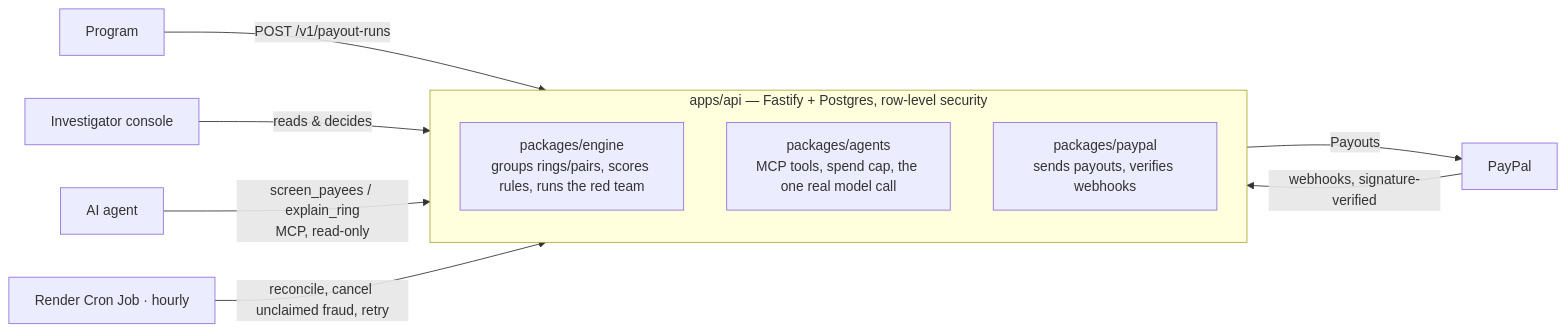
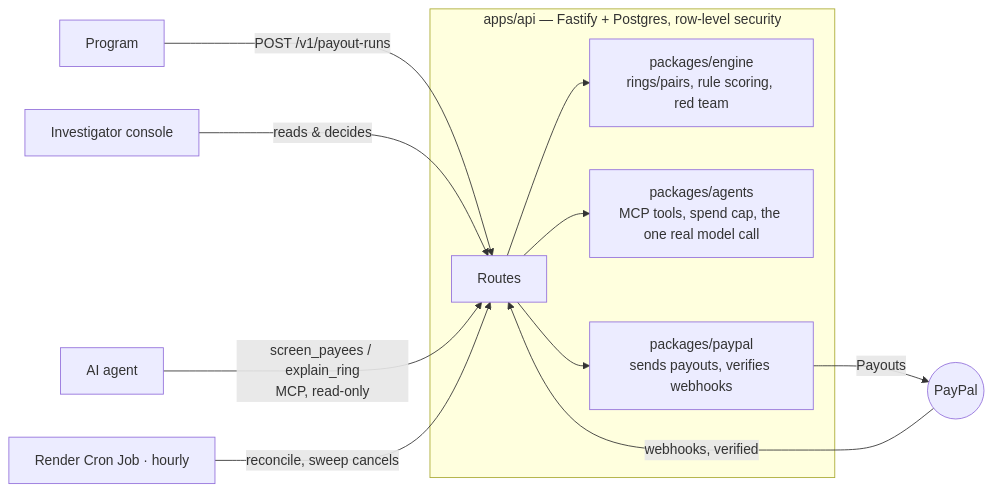
One commit to Hoomans-Support/ringfence changed the first of 2 diagrams in README.md. Above: the diagram before and after it, drawn with Mermaid. The commit also changed other lines of this file, not shown here.

Commit message:
docs: separate sponsor tools, clarify Run it locally, fix Architecture
Built with now splits sponsor tools from the rest of the stack. Run it
locally is now explicit that it's for developing on Ringfence, not for
trying it (the live console covers that), and drops an opening line
that just repeated Try it now. Walkthrough no longer leaks env var
names and polling intervals that belong in Architecture/Run it locally
instead. Architecture gets a one-line framing against Walkthrough and
a redrawn diagram: the old one touched PayPal from two directions on
the same box and left three internal packages with no connecting
arrows at all; now it's one path, callers through routes through the
three packages to packages/paypal to PayPal.

````diff
--- a/README.md
+++ b/README.md
@@ -87,16 +89,16 @@
 ```mermaid
 flowchart LR
-  PROG[Program] -->|POST /v1/payout-runs| API
-  CONSOLE[Investigator console] -->|reads & decides| API
-  AGENT[AI agent] -->|"screen_payees / explain_ring<br/>MCP, read-only"| API
-  PP[PayPal] -->|webhooks, signature-verified| API
-  CRON[Render Cron Job · hourly] -->|reconcile, cancel unclaimed fraud, retry| API
+  PROG[Program] -->|POST /v1/payout-runs| CORE
+  CONSOLE[Investigator console] -->|reads & decides| CORE
+  AGENT[AI agent] -->|"screen_payees / explain_ring<br/>MCP, read-only"| CORE
+  CRON[Render Cron Job · hourly] -->|reconcile, sweep cancels| CORE
 
   subgraph API[apps/api — Fastify + Postgres, row-level security]
-    ENGINE["packages/engine<br/>groups rings/pairs, scores rules, runs the red team"]
-    AGENTS["packages/agents<br/>MCP tools, spend cap, the one real model call"]
-    PAYPALPKG["packages/paypal<br/>sends payouts, verifies webhooks"]
+    CORE[Routes] --> ENGINE["packages/engine<br/>rings/pairs, rule scoring, red team"]
+    CORE --> AGENTS["packages/agents<br/>MCP tools, spend cap, the one real model call"]
+    CORE --> PAYPALPKG["packages/paypal<br/>sends payouts, verifies webhooks"]
   end
 
-  API -->|Payouts| PP
+  PP((PayPal)) -->|webhooks, verified| CORE
+  PAYPALPKG -->|Payouts| PP
 ```
````
